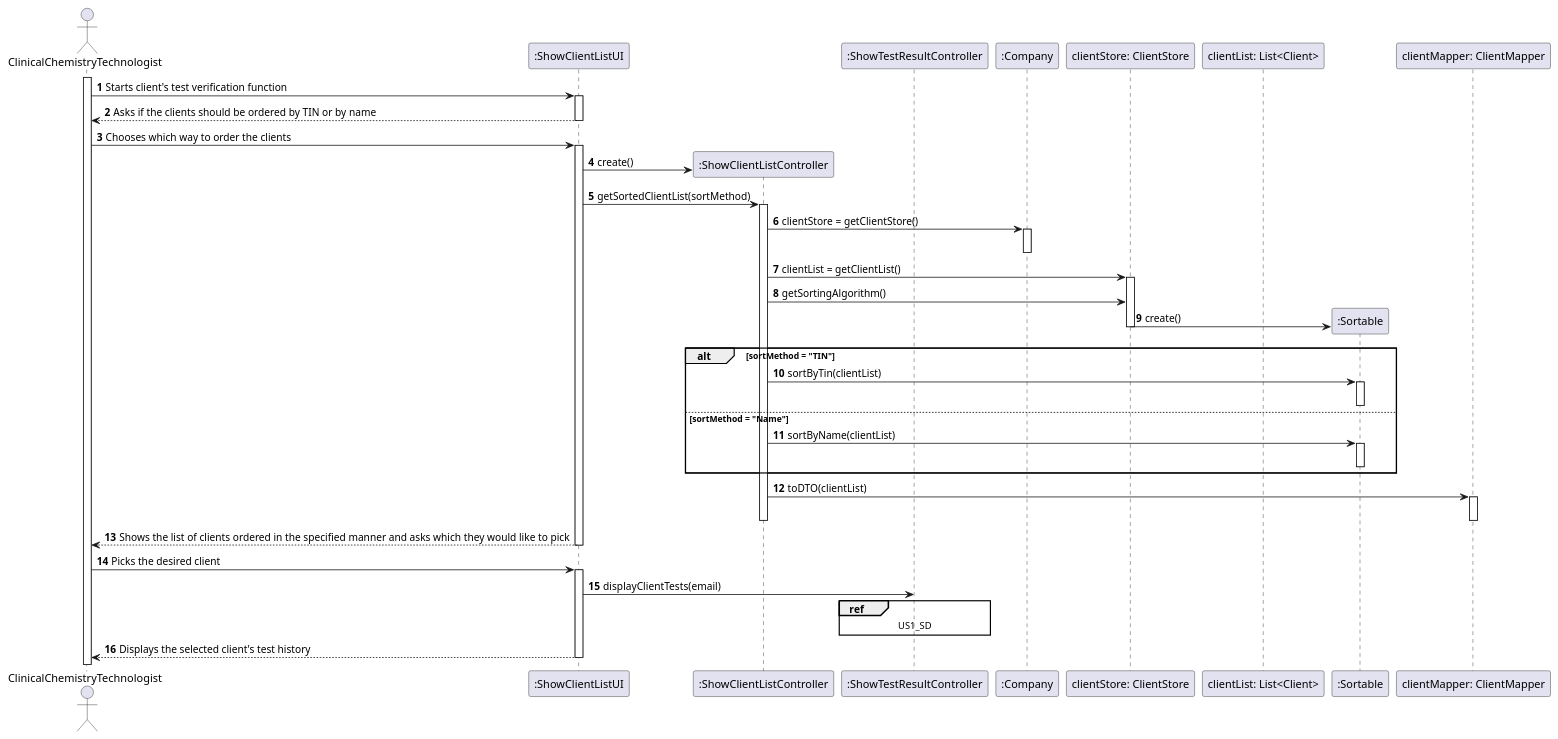
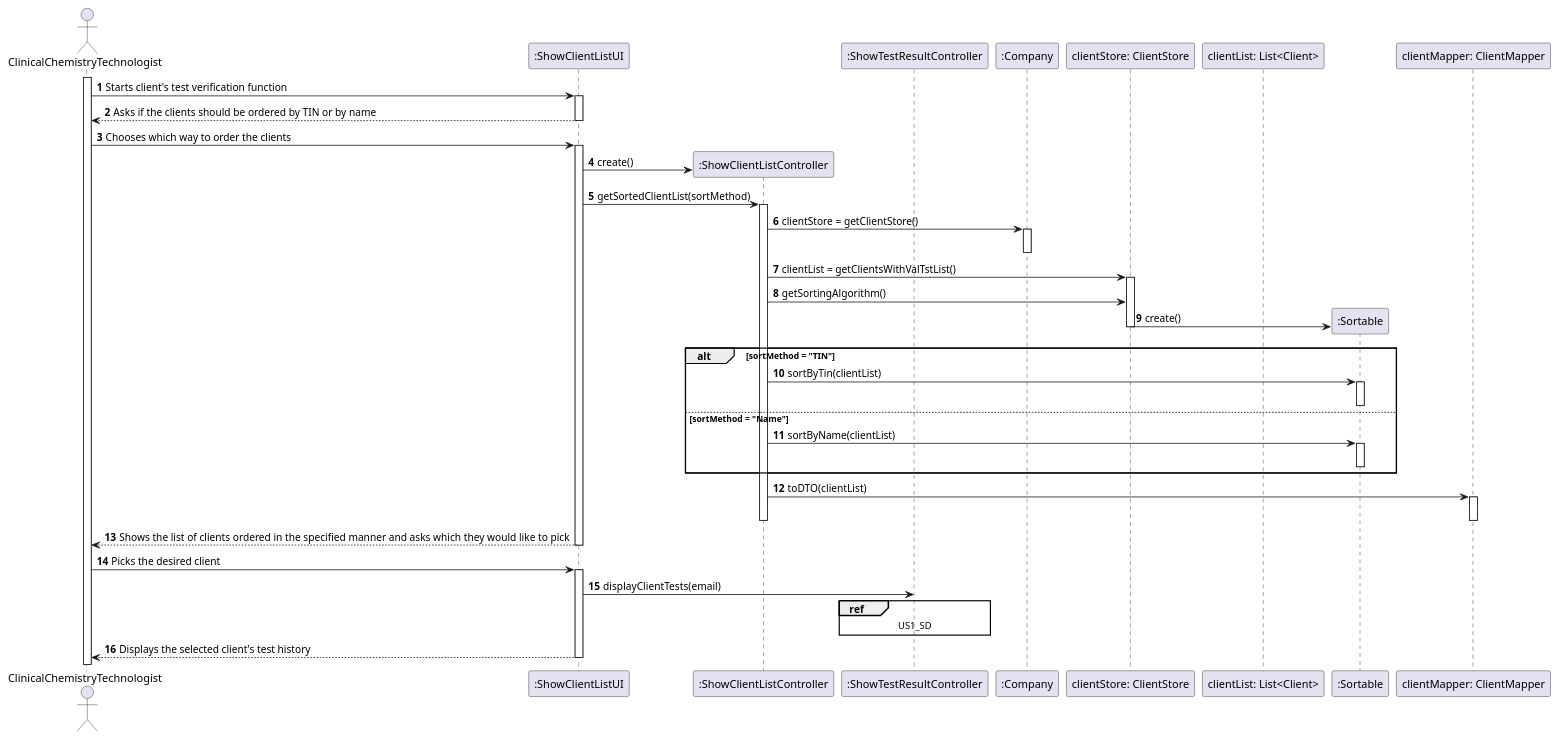
One commit to MadDinosaur/ISEP-LAPR2 changed the diagram in docs/SprintD/US13/US13_SD.puml. Above: the diagram before and after it, drawn with PlantUML. The commit also changed 6 other files, not shown here.

```diff
--- a/docs/SprintD/US13/US13_SD.puml
+++ b/docs/SprintD/US13/US13_SD.puml
@@ -1,70 +1,70 @@
 @startuml
 'https://plantuml.com/sequence-diagram
 
 autonumber
 
 actor ClinicalChemistryTechnologist as CCT
 participant ":ShowClientListUI" as UI
 participant ":ShowClientListController" as CTRL
 participant ":ShowTestResultController" as TCTRL
 participant ":Company" as CMP
 participant "clientStore: ClientStore" as CLTSTR
 participant "clientList: List<Client>" as LST
 participant ":Sortable" as SRT
 participant "clientMapper: ClientMapper" as CLTMAP
 
 activate CCT
 CCT -> UI: Starts client's test verification function
 activate UI
 UI --> CCT: Asks if the clients should be ordered by TIN or by name
 deactivate UI
 CCT -> UI: Chooses which way to order the clients
 activate UI
 
 create CTRL
 UI -> CTRL: create()
 
 UI -> CTRL: getSortedClientList(sortMethod)
 activate CTRL
 
 CTRL -> CMP: clientStore = getClientStore()
 activate CMP
 deactivate CMP
 
-CTRL -> CLTSTR: clientList = getClientList()
+CTRL -> CLTSTR: clientList = getClientsWithValTstList()
 activate CLTSTR
 
 CTRL -> CLTSTR: getSortingAlgorithm()
 create SRT
 CLTSTR -> SRT: create()
 deactivate CLTSTR
 
 alt sortMethod = "TIN"
 CTRL -> SRT: sortByTin(clientList)
 activate SRT
 deactivate SRT
 else sortMethod = "Name"
 CTRL -> SRT: sortByName(clientList)
 activate SRT
 deactivate SRT
 end
 
 CTRL -> CLTMAP: toDTO(clientList)
 activate CLTMAP
 deactivate CLTMAP
 
 deactivate CTRL
 
 UI --> CCT: Shows the list of clients ordered in the specified manner and asks which they would like to pick
 deactivate UI
 
 CCT -> UI: Picks the desired client
 activate UI
 
 UI -> TCTRL: displayClientTests(email)
 ref over TCTRL: US1_SD
 
 UI --> CCT: Displays the selected client's test history
 deactivate UI
 
 @enduml
```
